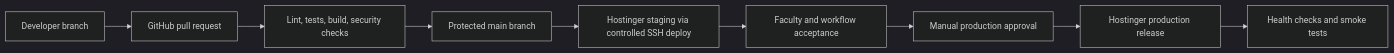
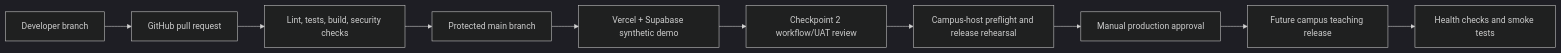
Before and after one commit to danielhappyg/simrs-campus-ueu: the diagram in docs/adr/ADR-001-REBUILD-ARCHITECTURE.md, drawn with Mermaid (dark theme). The commit also changed other lines of this file and 12 other files, not shown here.

First line of the commit message:
Align Checkpoint 2 UAT docs and dependency hygiene baseline.

````diff
--- a/docs/adr/ADR-001-REBUILD-ARCHITECTURE.md
+++ b/docs/adr/ADR-001-REBUILD-ARCHITECTURE.md
@@ -117,11 +117,12 @@
 ```mermaid
 flowchart LR
     D["Developer branch"] --> PR["GitHub pull request"]
     PR --> CI["Lint, tests, build, security checks"]
     CI --> M["Protected main branch"]
-    M --> STG["Hostinger staging via controlled SSH deploy"]
-    STG --> UAT["Faculty and workflow acceptance"]
-    UAT --> A["Manual production approval"]
-    A --> PROD["Hostinger production release"]
+    M --> DEMO["Vercel + Supabase synthetic demo"]
+    DEMO --> UAT["Checkpoint 2 workflow/UAT review"]
+    UAT --> PRE["Campus-host preflight and release rehearsal"]
+    PRE --> A["Manual production approval"]
+    A --> PROD["Future campus teaching release"]
     PROD --> HC["Health checks and smoke tests"]
 ```
````
